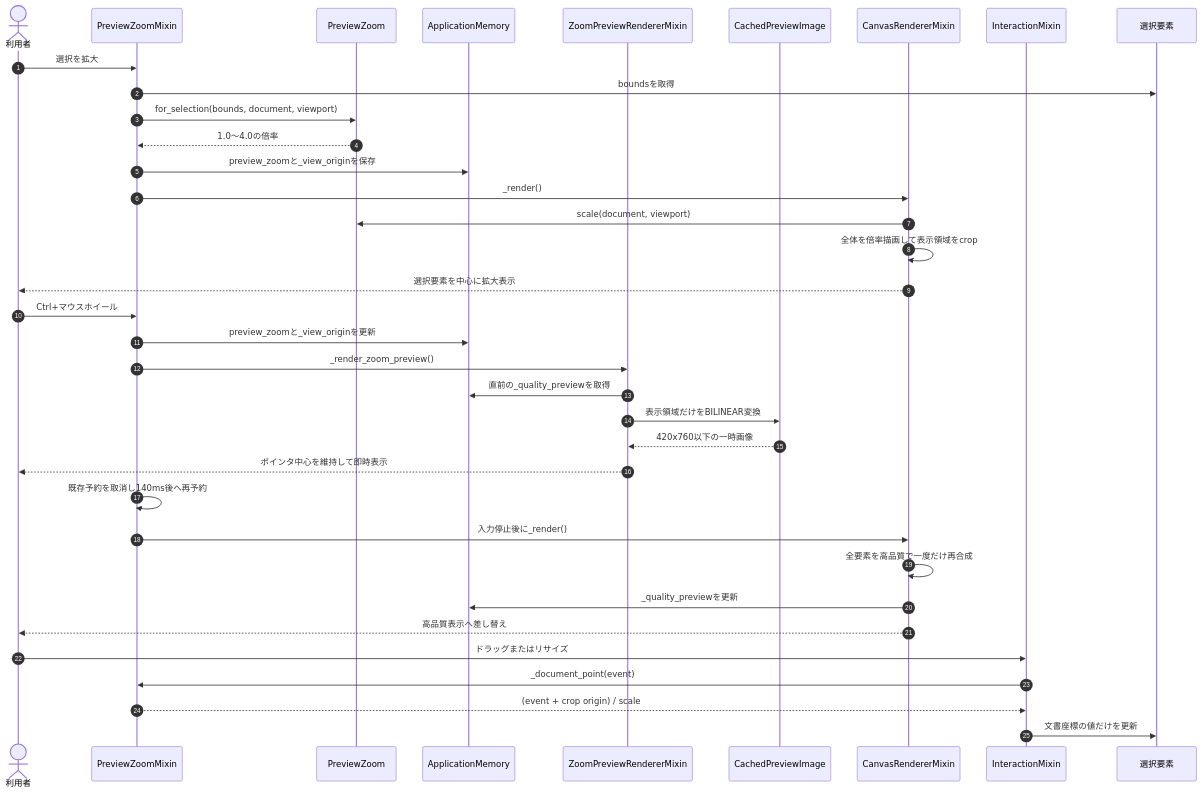
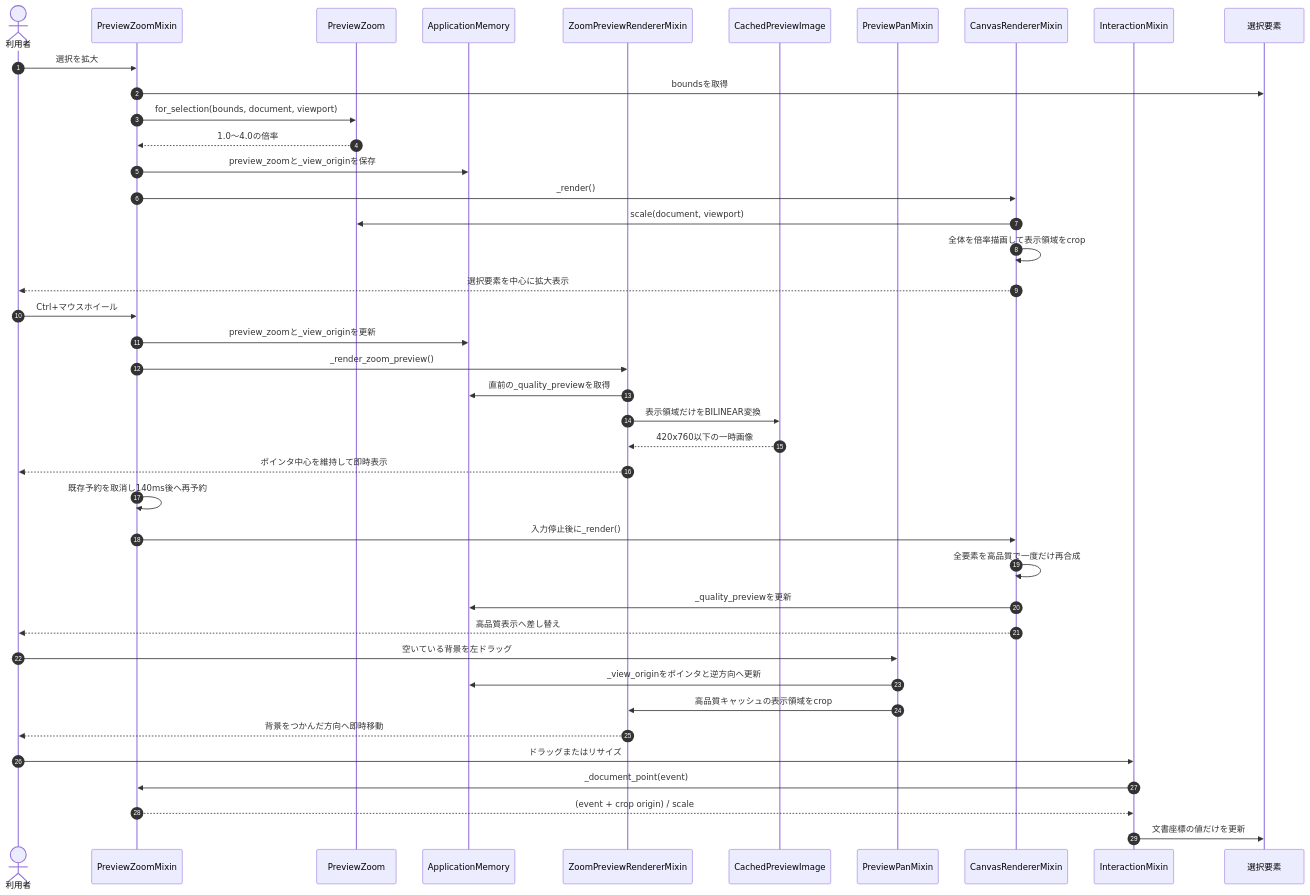
Before and after one commit to k014c1287/klwp_pc_editor: diagram 16 of 16 in doc/KLWPエディタ_設計仕様.md, drawn with Mermaid. The commit also changed other lines of this file and 10 other files, not shown here.

````diff
--- a/doc/KLWPエディタ_設計仕様.md
+++ b/doc/KLWPエディタ_設計仕様.md
@@ -1057,39 +1072,44 @@
 ```mermaid
 sequenceDiagram
     autonumber
     actor User as 利用者
     participant Zoom as PreviewZoomMixin
     participant Value as PreviewZoom
     participant Memory as ApplicationMemory
     participant Fast as ZoomPreviewRendererMixin
     participant Cache as CachedPreviewImage
+    participant Pan as PreviewPanMixin
     participant Canvas as CanvasRendererMixin
     participant Interaction as InteractionMixin
     participant Item as 選択要素
 
     User->>Zoom: 選択を拡大
     Zoom->>Item: boundsを取得
     Zoom->>Value: for_selection(bounds, document, viewport)
     Value-->>Zoom: 1.0～4.0の倍率
     Zoom->>Memory: preview_zoomと_view_originを保存
     Zoom->>Canvas: _render()
     Canvas->>Value: scale(document, viewport)
     Canvas->>Canvas: 全体を倍率描画して表示領域をcrop
     Canvas-->>User: 選択要素を中心に拡大表示
     User->>Zoom: Ctrl+マウスホイール
     Zoom->>Memory: preview_zoomと_view_originを更新
     Zoom->>Fast: _render_zoom_preview()
     Fast->>Memory: 直前の_quality_previewを取得
     Fast->>Cache: 表示領域だけをBILINEAR変換
     Cache-->>Fast: 420x760以下の一時画像
     Fast-->>User: ポインタ中心を維持して即時表示
     Zoom->>Zoom: 既存予約を取消し140ms後へ再予約
     Zoom->>Canvas: 入力停止後に_render()
     Canvas->>Canvas: 全要素を高品質で一度だけ再合成
     Canvas->>Memory: _quality_previewを更新
     Canvas-->>User: 高品質表示へ差し替え
+    User->>Pan: 空いている背景を左ドラッグ
+    Pan->>Memory: _view_originをポインタと逆方向へ更新
+    Pan->>Fast: 高品質キャッシュの表示領域をcrop
+    Fast-->>User: 背景をつかんだ方向へ即時移動
     User->>Interaction: ドラッグまたはリサイズ
     Interaction->>Zoom: _document_point(event)
     Zoom-->>Interaction: (event + crop origin) / scale
     Interaction->>Item: 文書座標の値だけを更新
 ```
````
